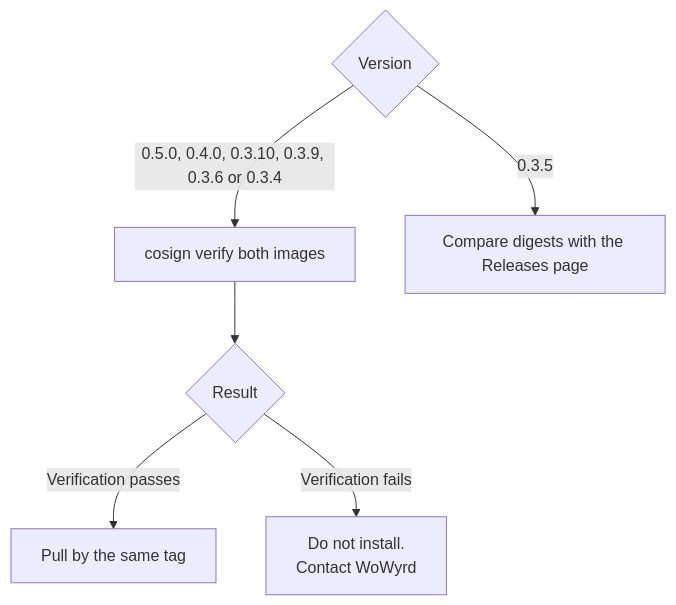
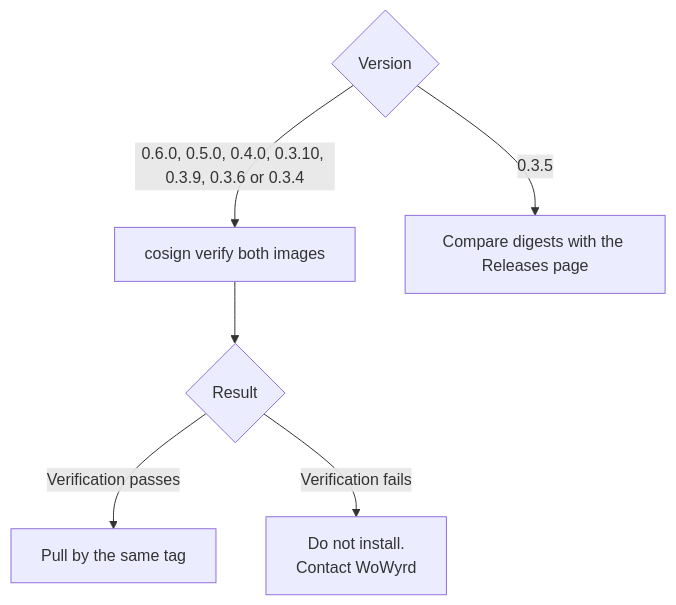
One commit to chavychaze/wowyrd-pub changed the third of 4 diagrams in INSTALL.md. Above: the diagram before and after it, drawn with Mermaid. The commit also changed other lines of this file and 5 other files, not shown here.

````diff
--- a/INSTALL.md
+++ b/INSTALL.md
@@ -156,8 +161,8 @@
 ```mermaid
 flowchart TD
-    A{Version} -->|0.5.0, 0.4.0, 0.3.10, 0.3.9, 0.3.6 or 0.3.4| B[cosign verify both images]
+    A{Version} -->|0.6.0, 0.5.0, 0.4.0, 0.3.10, 0.3.9, 0.3.6 or 0.3.4| B[cosign verify both images]
     A -->|0.3.5| C[Compare digests with the Releases page]
     B --> D{Result}
     D -->|Verification passes| E[Pull by the same tag]
     D -->|Verification fails| F[Do not install.<br/>Contact WoWyrd]
 ```
````
